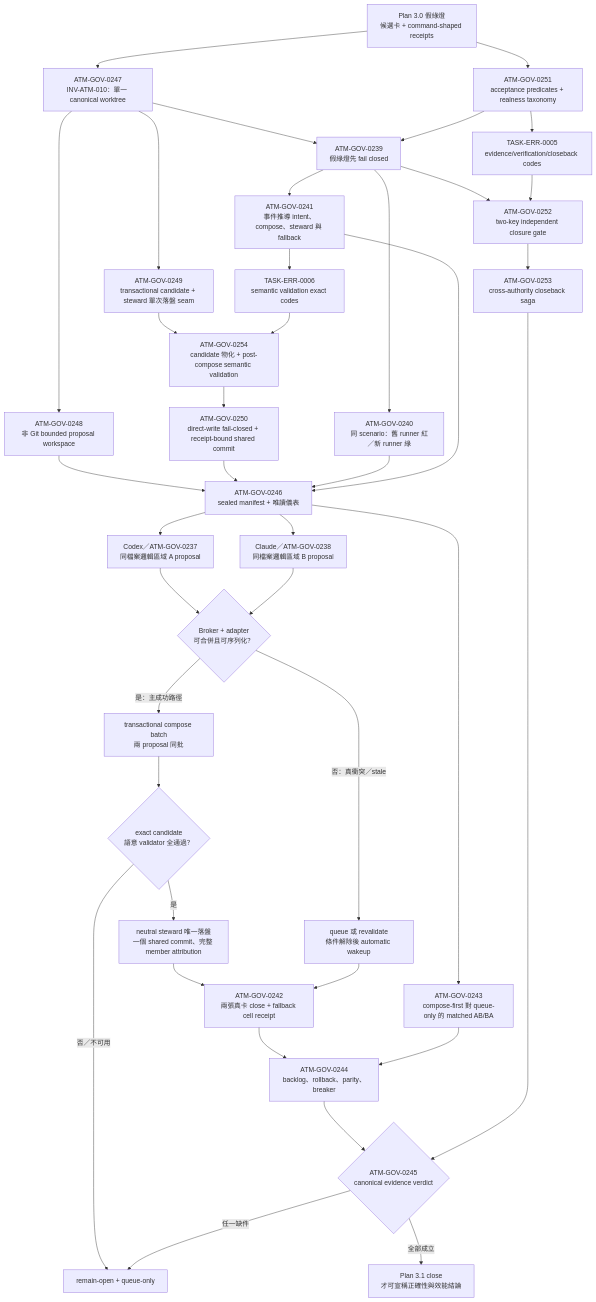
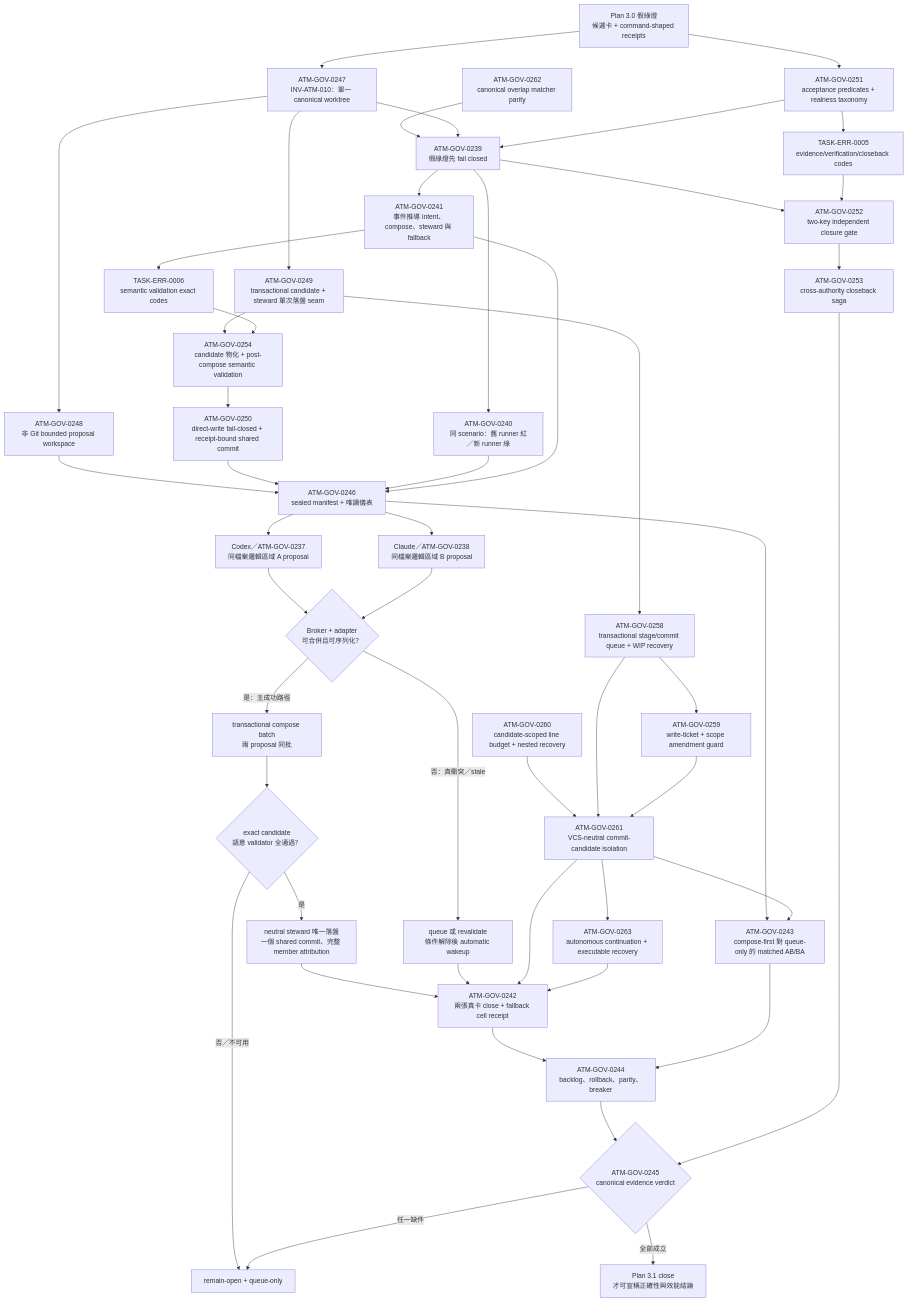
The first of 2 diagrams in docs/ai_atomic_framework/governance-optimization/end-to-end-auto-batch-performance-plan-v3.md (eaglhuang/3klife), drawn with Mermaid before and after one commit. The commit also changed other lines of this file and 18 other files, not shown here.

````diff
--- a/docs/ai_atomic_framework/governance-optimization/end-to-end-auto-batch-performance-plan-v3.md
+++ b/docs/ai_atomic_framework/governance-optimization/end-to-end-auto-batch-performance-plan-v3.md
@@ -120,41 +129,51 @@
 ```mermaid
 flowchart TD
     A["Plan 3.0 假綠燈<br/>候選卡 + command-shaped receipts"] --> P["ATM-GOV-0247<br/>INV-ATM-010：單一 canonical worktree"]
     A --> EP["ATM-GOV-0251<br/>acceptance predicates + realness taxonomy"]
     EP --> EG["TASK-ERR-0005<br/>evidence/verification/closeback codes"]
     P --> W["ATM-GOV-0248<br/>非 Git bounded proposal workspace"]
     P --> TA["ATM-GOV-0249<br/>transactional candidate + steward 單次落盤 seam"]
+    TA --> TQ["ATM-GOV-0258<br/>transactional stage/commit queue + WIP recovery"]
+    TQ --> WT["ATM-GOV-0259<br/>write-ticket + scope amendment guard"]
+    RC["ATM-GOV-0260<br/>candidate-scoped line budget + nested recovery"] --> CI["ATM-GOV-0261<br/>VCS-neutral commit-candidate isolation"]
+    TQ --> CI
+    WT --> CI
+    BR["ATM-GOV-0262<br/>canonical overlap matcher parity"] --> C
+    CI --> AR["ATM-GOV-0263<br/>autonomous continuation + executable recovery"]
     E --> SE["TASK-ERR-0006<br/>semantic validation exact codes"]
     TA --> SV["ATM-GOV-0254<br/>candidate 物化 + post-compose semantic validation"]
     SE --> SV
     SV --> WG["ATM-GOV-0250<br/>direct-write fail-closed + receipt-bound shared commit"]
     P --> C["ATM-GOV-0239<br/>假綠燈先 fail closed"]
     EP --> C
     C --> VG["ATM-GOV-0252<br/>two-key independent closure gate"]
     EG --> VG
     C --> D["ATM-GOV-0240<br/>同 scenario：舊 runner 紅／新 runner 綠"]
     C --> E["ATM-GOV-0241<br/>事件推導 intent、compose、steward 與 fallback"]
     W --> L["ATM-GOV-0246<br/>sealed manifest + 唯讀儀表"]
     WG --> L
     D --> L
     E --> L
     L --> CA["Codex／ATM-GOV-0237<br/>同檔案邏輯區域 A proposal"]
     L --> CL["Claude／ATM-GOV-0238<br/>同檔案邏輯區域 B proposal"]
     CA --> B{"Broker + adapter<br/>可合併且可序列化？"}
     CL --> B
     B -->|"是：主成功路徑"| M["transactional compose batch<br/>兩 proposal 同批"]
     M --> V{"exact candidate<br/>語意 validator 全通過？"}
     V -->|"是"| S["neutral steward 唯一落盤<br/>一個 shared commit、完整 member attribution"]
     V -->|"否／不可用"| J
     B -->|"否：真衝突／stale"| Q["queue 或 revalidate<br/>條件解除後 automatic wakeup"]
     S --> F["ATM-GOV-0242<br/>兩張真卡 close + fallback cell receipt"]
     Q --> F
     L --> G["ATM-GOV-0243<br/>compose-first 對 queue-only 的 matched AB/BA"]
+    CI --> F
+    CI --> G
+    AR --> F
     F --> H["ATM-GOV-0244<br/>backlog、rollback、parity、breaker"]
     G --> H
     VG --> XS["ATM-GOV-0253<br/>cross-authority closeback saga"]
     H --> I{"ATM-GOV-0245<br/>canonical evidence verdict"}
     XS --> I
     I -->|"任一缺件"| J["remain-open + queue-only"]
     I -->|"全部成立"| K["Plan 3.1 close<br/>才可宣稱正確性與效能結論"]
 ```
````
